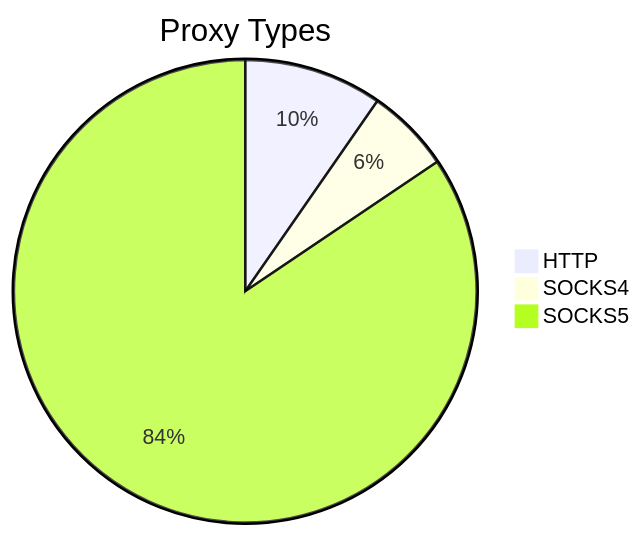
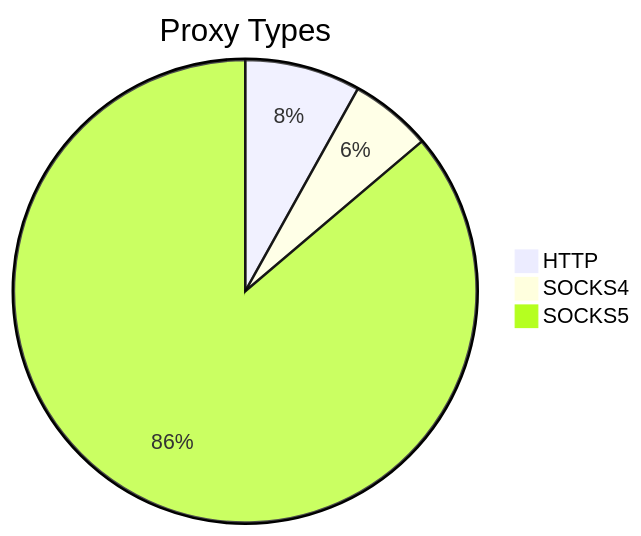
The first of 2 diagrams in README.md (stormsia/proxy-list), drawn with Mermaid before and after one commit. The commit also changed other lines of this file, not shown here.

````diff
--- a/README.md
+++ b/README.md
@@ -21,6 +21,6 @@
 ```mermaid
 pie title Proxy Types
-    "HTTP" : 100
-    "SOCKS4" : 61
-    "SOCKS5" : 874
+    "HTTP" : 72
+    "SOCKS4" : 51
+    "SOCKS5" : 768
 ```
````
